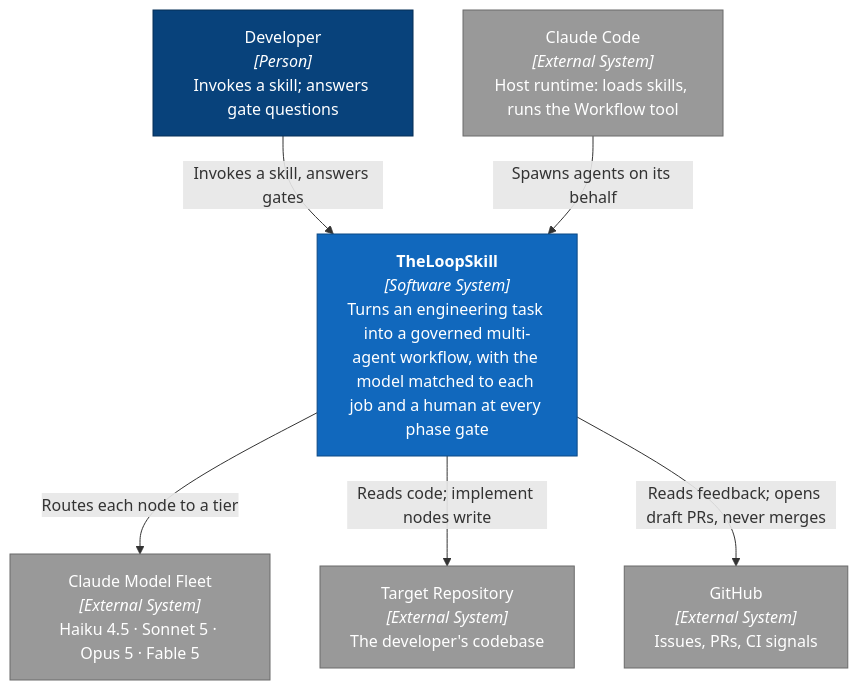
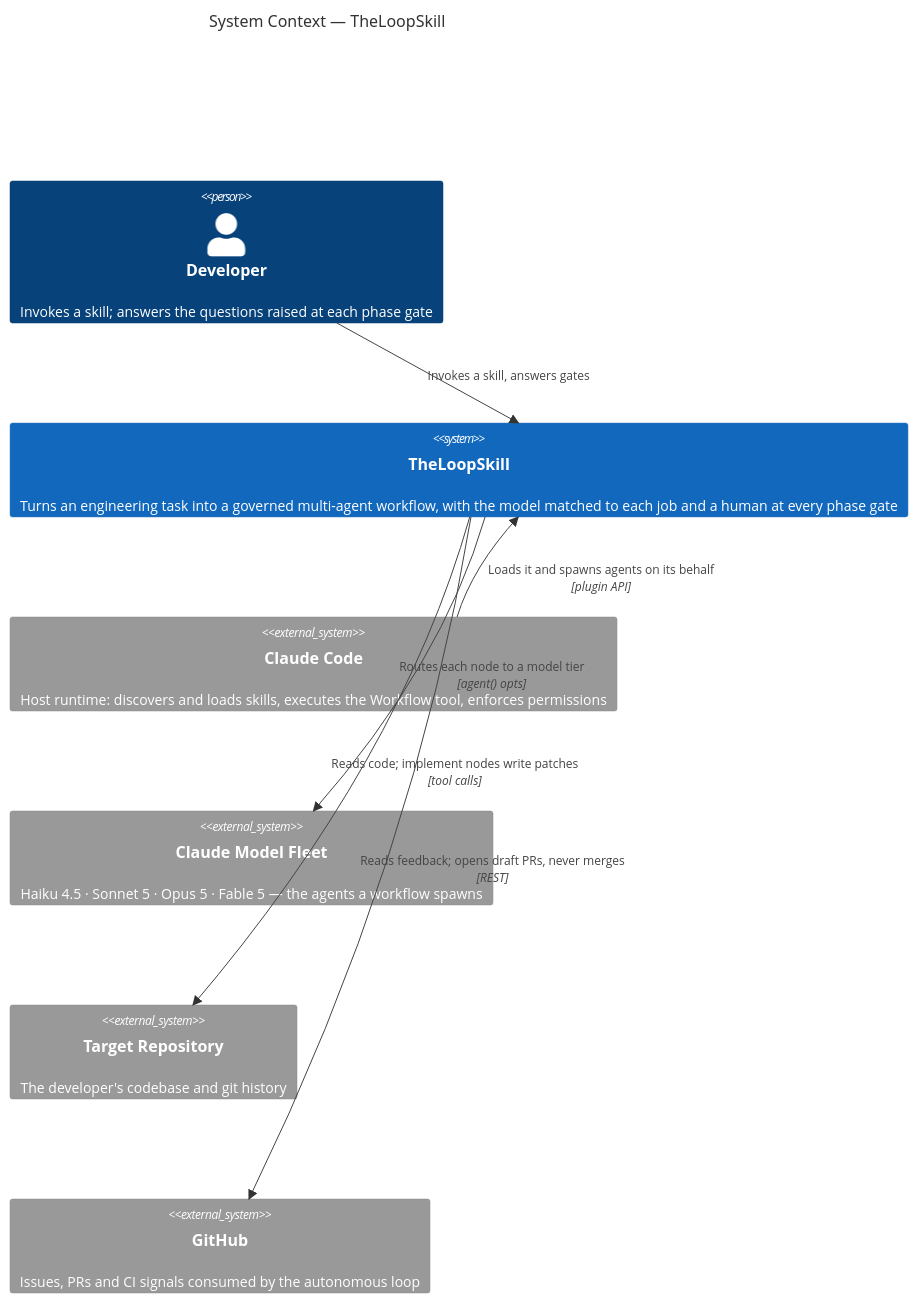
Before and after one commit to santapong/Proof: the first of 3 diagrams in README.md, drawn with Mermaid. The commit also changed other lines of this file and 2 other files, not shown here.

First line of the commit message:
Convert every architecture diagram to native C4 notation

````diff
--- a/README.md
+++ b/README.md
@@ -117,25 +117,21 @@
 ```mermaid
-graph TB
-    dev["Developer<br/><i>[Person]</i><br/>Invokes a skill; answers gate questions"]
+C4Context
+    title System Context — TheLoopSkill
 
-    system["<b>TheLoopSkill</b><br/><i>[Software System]</i><br/>Turns an engineering task into a governed multi-agent workflow, with the model matched to each job and a human at every phase gate"]
+    Person(dev, "Developer", "Invokes a skill; answers the questions raised at each phase gate")
 
-    cc["Claude Code<br/><i>[External System]</i><br/>Host runtime: loads skills, runs the Workflow tool"]
-    fleet["Claude Model Fleet<br/><i>[External System]</i><br/>Haiku 4.5 · Sonnet 5 · Opus 5 · Fable 5"]
-    repo["Target Repository<br/><i>[External System]</i><br/>The developer's codebase"]
-    forge["GitHub<br/><i>[External System]</i><br/>Issues, PRs, CI signals"]
+    System(tls, "TheLoopSkill", "Turns an engineering task into a governed multi-agent workflow, with the model matched to each job and a human at every phase gate")
 
-    dev -->|"Invokes a skill, answers gates"| system
-    cc -->|"Spawns agents on its behalf"| system
-    system -->|"Routes each node to a tier"| fleet
-    system -->|"Reads code; implement nodes write"| repo
-    system -->|"Reads feedback; opens draft PRs, never merges"| forge
+    System_Ext(cc, "Claude Code", "Host runtime: discovers and loads skills, executes the Workflow tool, enforces permissions")
+    System_Ext(fleet, "Claude Model Fleet", "Haiku 4.5 · Sonnet 5 · Opus 5 · Fable 5 — the agents a workflow spawns")
+    System_Ext(repo, "Target Repository", "The developer's codebase and git history")
+    System_Ext(forge, "GitHub", "Issues, PRs and CI signals consumed by the autonomous loop")
 
-    classDef person   fill:#08427b,stroke:#052e56,color:#ffffff
-    classDef focus    fill:#1168bd,stroke:#0b4884,color:#ffffff
-    classDef external fill:#999999,stroke:#6b6b6b,color:#ffffff
+    Rel(dev, tls, "Invokes a skill, answers gates")
+    Rel(cc, tls, "Loads it and spawns agents on its behalf", "plugin API")
+    Rel(tls, fleet, "Routes each node to a model tier", "agent() opts")
+    Rel(tls, repo, "Reads code; implement nodes write patches", "tool calls")
+    Rel(tls, forge, "Reads feedback; opens draft PRs, never merges", "REST")
 
-    class dev person
-    class system focus
-    class cc,fleet,repo,forge external
+    UpdateLayoutConfig($c4ShapeInRow="3", $c4BoundaryInRow="1")
 ```
````
